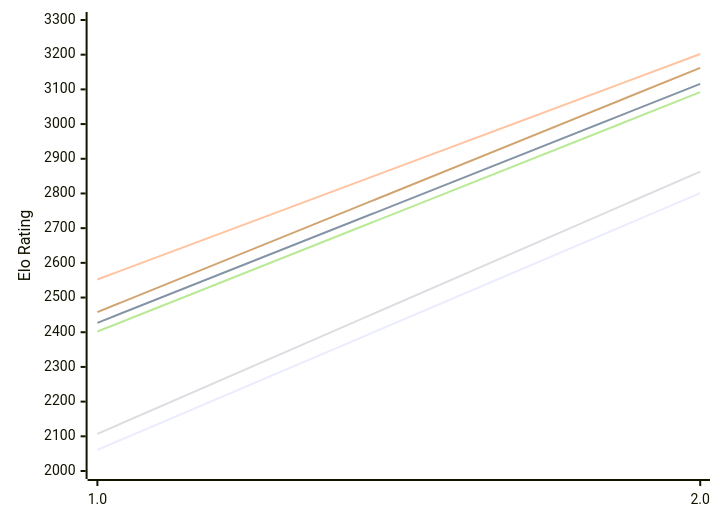
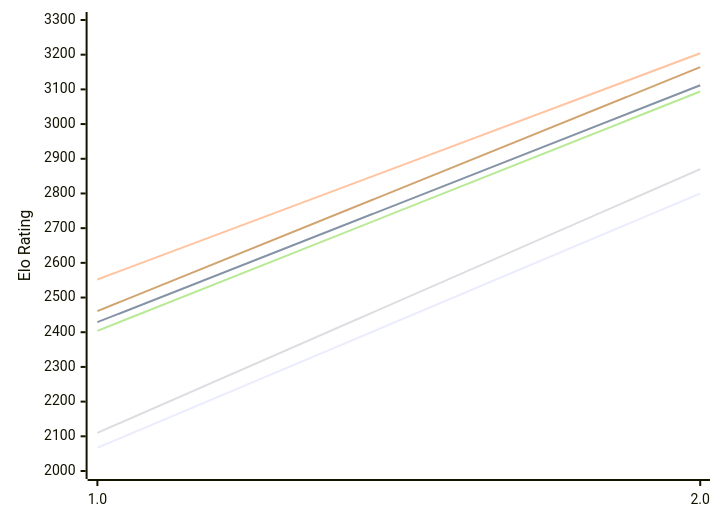
One commit to computer-chess-index/cci changed the diagram in engines/Scarlet.md. Above: the diagram before and after it, drawn with Mermaid. The commit also changed other lines of this file, not shown here.

Commit message:
Update CCI Ratings (ELO VLTC) - 2026-11-24

````diff
--- a/engines/Scarlet.md
+++ b/engines/Scarlet.md
@@ -49,12 +49,12 @@
 ```mermaid
 %%{init: {"theme":"base","themeVariables":{"seriesColors:['#a3a3a3','#222221','#faa371']}}}%%
 xychart-beta
   x-axis ["1.0", "2.0"]
   y-axis "Elo Rating" 2000 --> 3300
-  line "E1: STC (8.0+0.08s)" [2061, 2801]
-  line "E1: LTC (60.0+0.60s)" [2427, 3116]
-  line "E1: VLTC (2m24s+1.12s)" [2552, 3202]
-  line "P1: STC (8.0+0.08s)" [2107, 2863]
-  line "P1: LTC (60.0+0.60s)" [2402, 3092]
-  line "P1: VLTC (2m24s+1.12s)" [2458, 3162]
+  line "E1: STC (8.0+0.08s)" [2067, 2800]
+  line "E1: LTC (60.0+0.60s)" [2429, 3112]
+  line "E1: VLTC (2m24s+1.12s)" [2552, 3204]
+  line "P1: STC (8.0+0.08s)" [2110, 2870]
+  line "P1: LTC (60.0+0.60s)" [2404, 3094]
+  line "P1: VLTC (2m24s+1.12s)" [2461, 3164]
 ```
````
